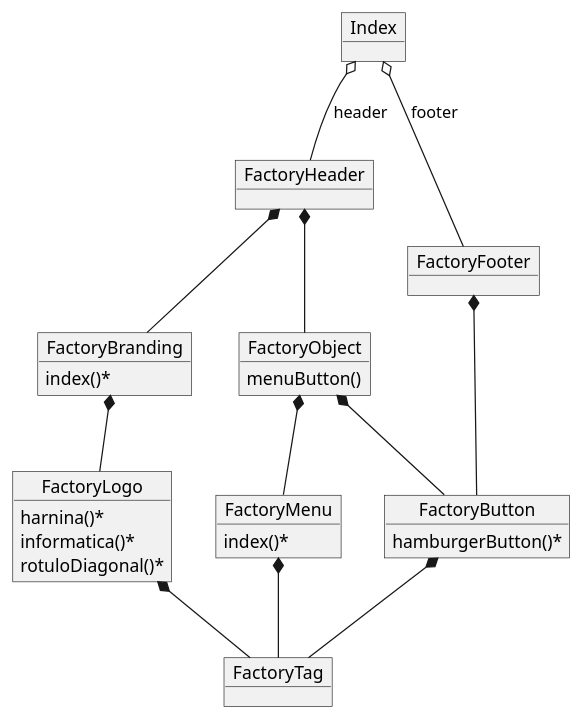
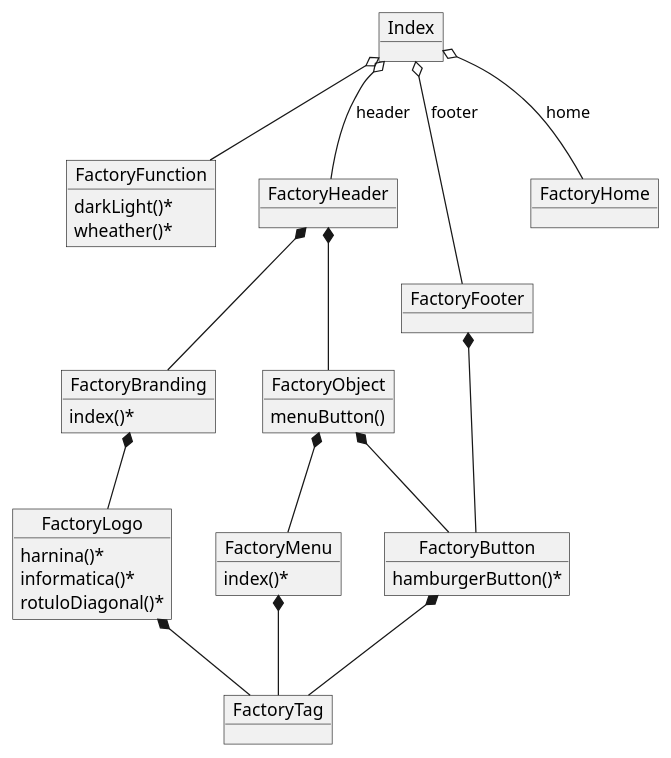
The diagram in store 2020a 14 septiembre/backend/plantUML/factoryIndex.puml (luciano55/storeApp2020), drawn with PlantUML before and after one commit. The commit also changed 6 other files, not shown here.

```diff
--- a/store 2020a 14 septiembre/backend/plantUML/factoryIndex.puml
+++ b/store 2020a 14 septiembre/backend/plantUML/factoryIndex.puml
@@ -1,43 +1,51 @@
 @startuml
 object FactoryTag{
 
 }
 object FactoryButton{
  hamburgerButton()*
 }
 object FactoryObject{
 menuButton()
 }
 object FactoryBranding{
 index()*
 }
 object FactoryLogo{
 harnina()*
 informatica()*
 rotuloDiagonal()*
 }
 object FactoryMenu{
 index()*
 }
+object FactoryFunction{
+darkLight()*
+wheather()*
+}
+
 object FactoryHeader{
 
 }
 object FactoryFooter{
 }
-
+object FactoryHome{
+}
 object Index{
  
 }
 FactoryLogo *-- FactoryTag
 FactoryButton *-- FactoryTag
 FactoryMenu *-- FactoryTag
 FactoryObject *-- FactoryMenu
 FactoryObject *-- FactoryButton
 FactoryBranding *-- FactoryLogo
 FactoryHeader *-- FactoryBranding 
 
 FactoryFooter *-- FactoryButton 
 FactoryHeader *-- FactoryObject
 Index o-- FactoryHeader : header
 Index o-- FactoryFooter : footer
+Index o-- FactoryHome : home
+Index o-- FactoryFunction
 @enduml
```
